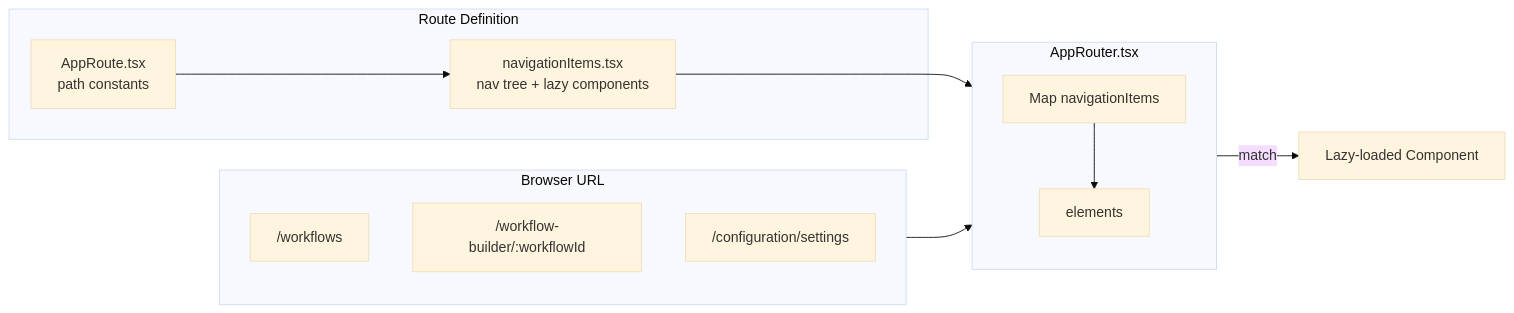
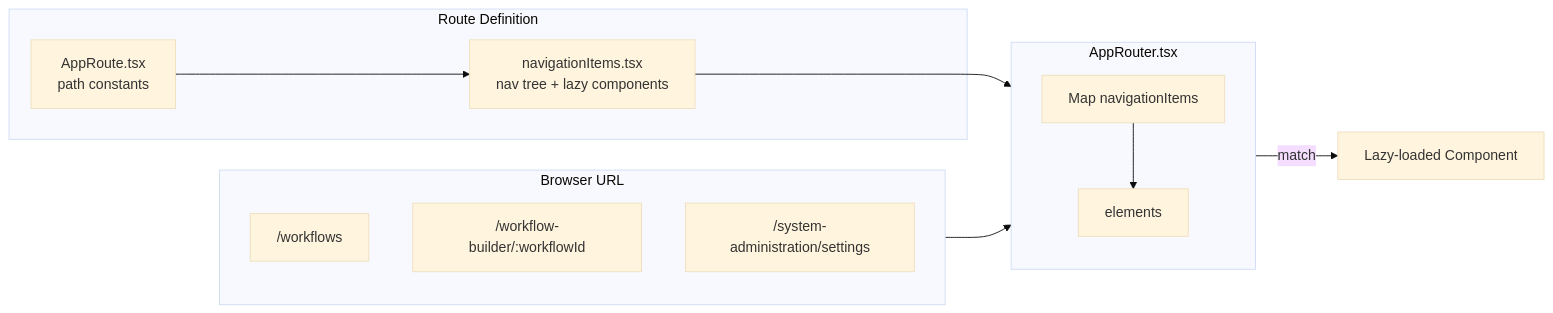
Before and after one commit to alinabuzachis/syntara: the sixth of 18 diagrams in docs/architecture.md, drawn with Mermaid (base theme). The commit also changed other lines of this file and 55 other files, not shown here.

Commit message:
[AAP-75174] Restructure system administration routes (#790)

````diff
--- a/docs/architecture.md
+++ b/docs/architecture.md
@@ -341,24 +341,24 @@
 ```mermaid
 flowchart LR
   subgraph Definition["Route Definition"]
     AR[AppRoute.tsx<br/>path constants]
     NI[navigationItems.tsx<br/>nav tree + lazy components]
   end
 
   subgraph Router["AppRouter.tsx"]
     Map["Map navigationItems"]
     Route["<Route> elements"]
     Map --> Route
   end
 
   subgraph URL["Browser URL"]
     U["/workflows"]
     U2["/workflow-builder/:workflowId"]
-    U3["/configuration/settings"]
+    U3["/system-administration/settings"]
   end
 
   AR --> NI
   NI --> Router
   URL --> Router
   Router -->|"match"| Component["Lazy-loaded Component"]
 ```
````
